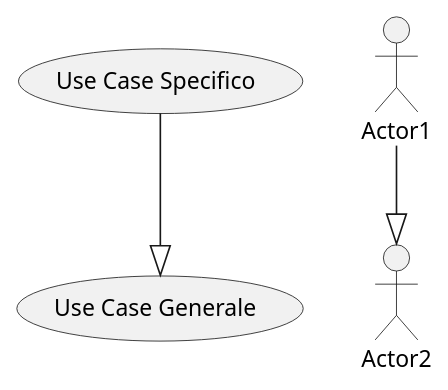
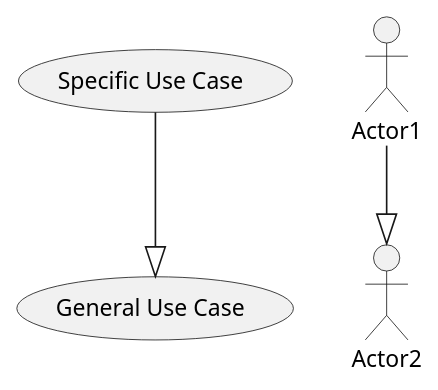
One commit to Seniorsimo/sas-template changed the seventh of 21 diagrams in 03-behavioral-diagrams/use-case-diagrams/README.md. Above: the diagram before and after it, drawn with PlantUML. The commit also changed other lines of this file and 49 other files, not shown here.

````diff
--- a/03-behavioral-diagrams/use-case-diagrams/README.md
+++ b/03-behavioral-diagrams/use-case-diagrams/README.md
@@ -63,4 +63,4 @@
 ```plantuml
-(Use Case Specifico) --|> (Use Case Generale)
+(Specific Use Case) --|> (General Use Case)
 Actor1 --|> Actor2
 ```
````
